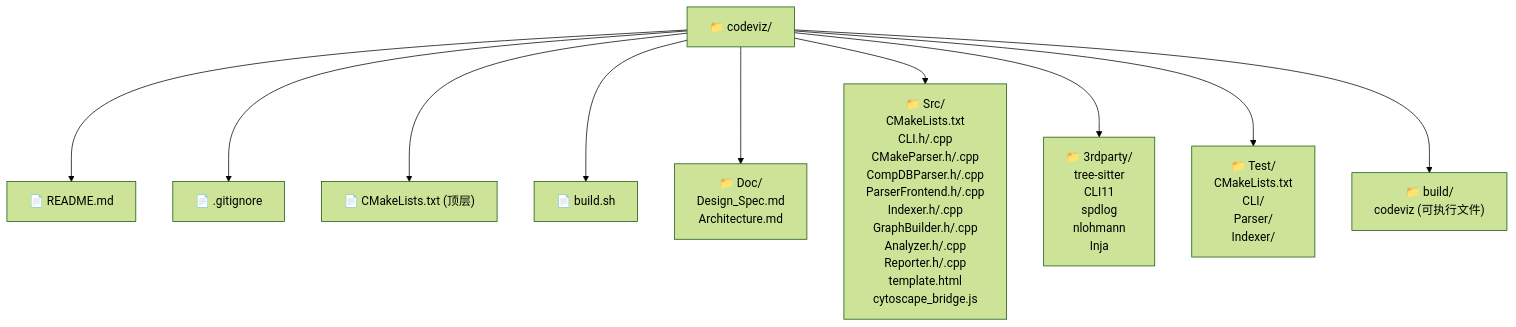
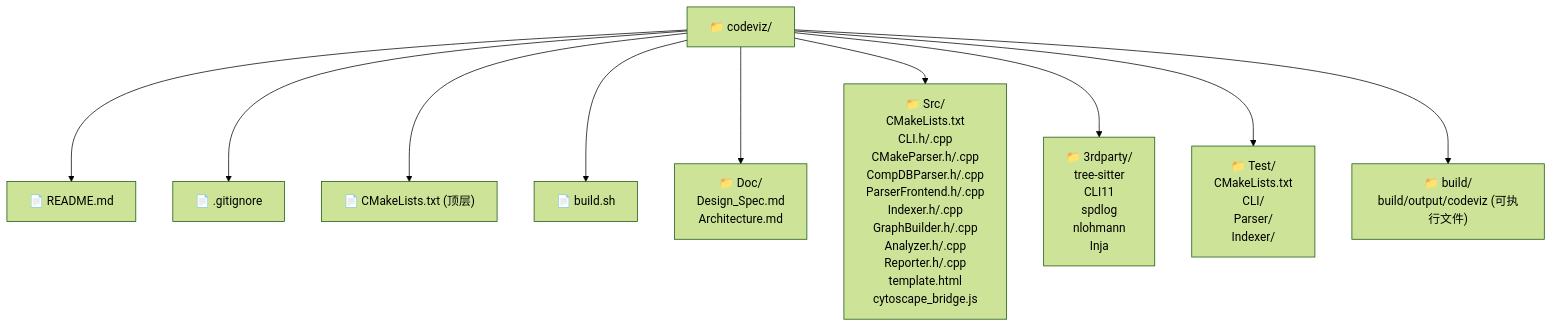
Before and after one commit to gzgy-leoyang/codeviz: the fifth of 7 diagrams in codeviz/Doc/Code_Visualization_Tool_Design_Spec.md, drawn with Mermaid (forest theme). The commit also changed other lines of this file, not shown here.

````diff
--- a/codeviz/Doc/Code_Visualization_Tool_Design_Spec.md
+++ b/codeviz/Doc/Code_Visualization_Tool_Design_Spec.md
@@ -390,20 +390,20 @@
 ```mermaid
 graph TD
     ROOT["📁 codeviz/"]
     
     ROOT --> R1["📄 README.md"]
     ROOT --> R2["📄 .gitignore"]
     ROOT --> R3["📄 CMakeLists.txt (顶层)"]
     ROOT --> R4["📄 build.sh"]
     
     ROOT --> D1["📁 Doc/<br>Design_Spec.md<br>Architecture.md"]
     
     ROOT --> S1["📁 Src/<br>CMakeLists.txt<br>CLI.h/.cpp<br>CMakeParser.h/.cpp<br>CompDBParser.h/.cpp<br>ParserFrontend.h/.cpp<br>Indexer.h/.cpp<br>GraphBuilder.h/.cpp<br>Analyzer.h/.cpp<br>Reporter.h/.cpp<br>template.html<br>cytoscape_bridge.js"]
     
     ROOT --> T1["📁 3rdparty/<br>tree-sitter<br>CLI11<br>spdlog<br>nlohmann<br>Inja"]
     
     ROOT --> E1["📁 Test/<br>CMakeLists.txt<br>CLI/<br>Parser/<br>Indexer/"]
     
-    ROOT --> B1["📁 build/<br>codeviz (可执行文件)"]
+    ROOT --> B1["📁 build/<br>build/output/codeviz (可执行文件)"]
 
 ```
````
